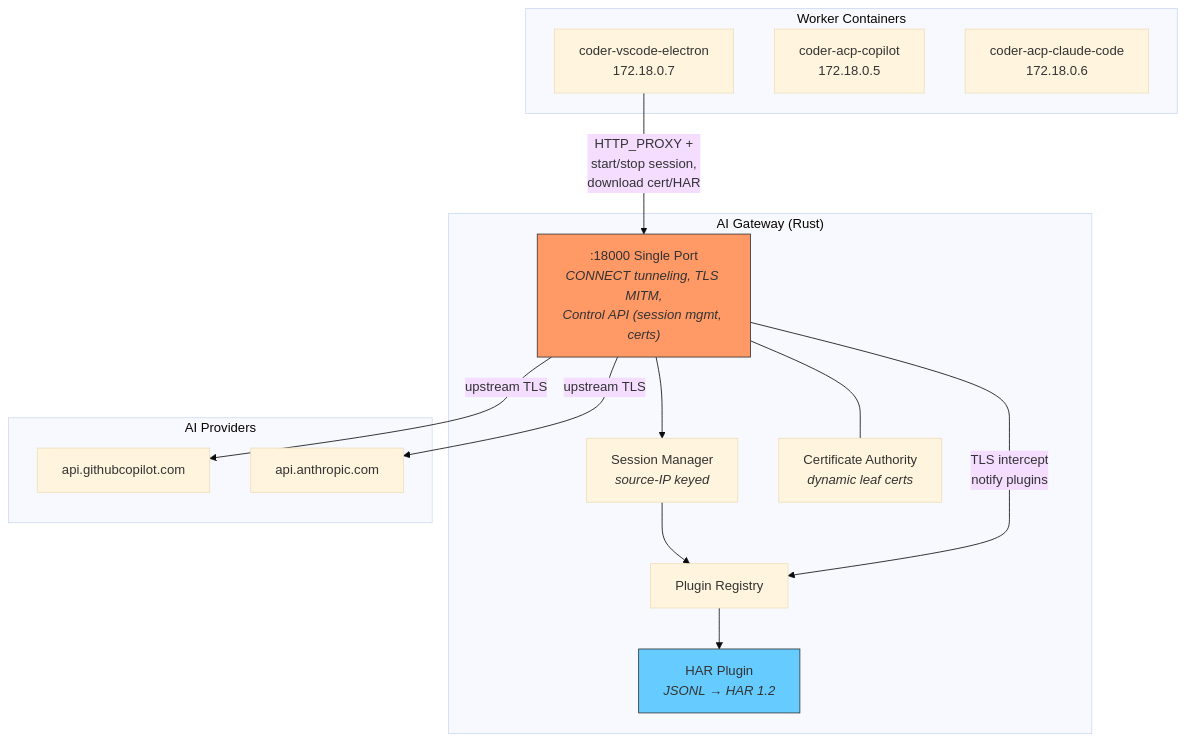
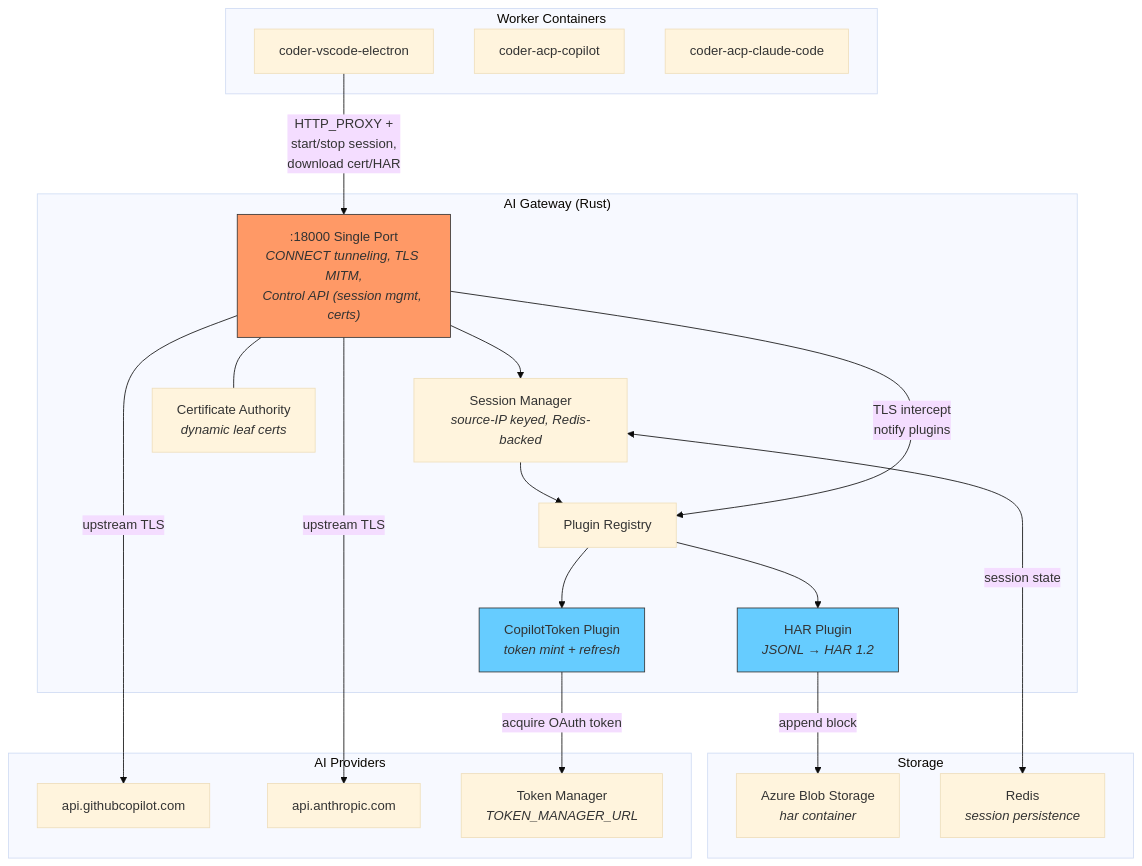
One commit to Gile987/scope changed the first of 5 diagrams in docs/architecture/ai-gateway.md. Above: the diagram before and after it, drawn with Mermaid (base theme). The commit also changed other lines of this file, not shown here.

Commit message:
docs(ai-gateway): update diagrams for blob storage, Redis, token plugin

````diff
--- a/docs/architecture/ai-gateway.md
+++ b/docs/architecture/ai-gateway.md
@@ -23,33 +23,45 @@
 ```mermaid
 flowchart TB
     subgraph Workers["Worker Containers"]
-        W1["coder-vscode-electron<br/>172.18.0.7"]
-        W2["coder-acp-copilot<br/>172.18.0.5"]
-        W3["coder-acp-claude-code<br/>172.18.0.6"]
+        W1["coder-vscode-electron"]
+        W2["coder-acp-copilot"]
+        W3["coder-acp-claude-code"]
     end
 
     subgraph GW["AI Gateway (Rust)"]
         PX[":18000 Single Port<br/><i>CONNECT tunneling, TLS MITM,<br/>Control API (session mgmt, certs)</i>"]
-        SM["Session Manager<br/><i>source-IP keyed</i>"]
+        SM["Session Manager<br/><i>source-IP keyed, Redis-backed</i>"]
         PR["Plugin Registry"]
         HAR["HAR Plugin<br/><i>JSONL → HAR 1.2</i>"]
+        CT["CopilotToken Plugin<br/><i>token mint + refresh</i>"]
         CA["Certificate Authority<br/><i>dynamic leaf certs</i>"]
+    end
+
+    subgraph Storage["Storage"]
+        BLOB["Azure Blob Storage<br/><i>har container</i>"]
+        REDIS["Redis<br/><i>session persistence</i>"]
     end
 
     subgraph Upstream["AI Providers"]
         GH["api.githubcopilot.com"]
         AN["api.anthropic.com"]
+        TM["Token Manager<br/><i>TOKEN_MANAGER_URL</i>"]
     end
 
     W1 -->|"HTTP_PROXY +<br/>start/stop session,<br/>download cert/HAR"| PX
     PX --> SM
     SM --> PR
+    SM <-->|"session state"| REDIS
     PR --> HAR
+    PR --> CT
+    HAR -->|"append block"| BLOB
+    CT -->|"acquire OAuth token"| TM
     PX -->|"TLS intercept<br/>notify plugins"| PR
     PX -->|"upstream TLS"| GH
     PX -->|"upstream TLS"| AN
     PX --- CA
 
     style PX fill:#f96,stroke:#333
     style HAR fill:#6cf,stroke:#333
+    style CT fill:#6cf,stroke:#333
 ```
````
